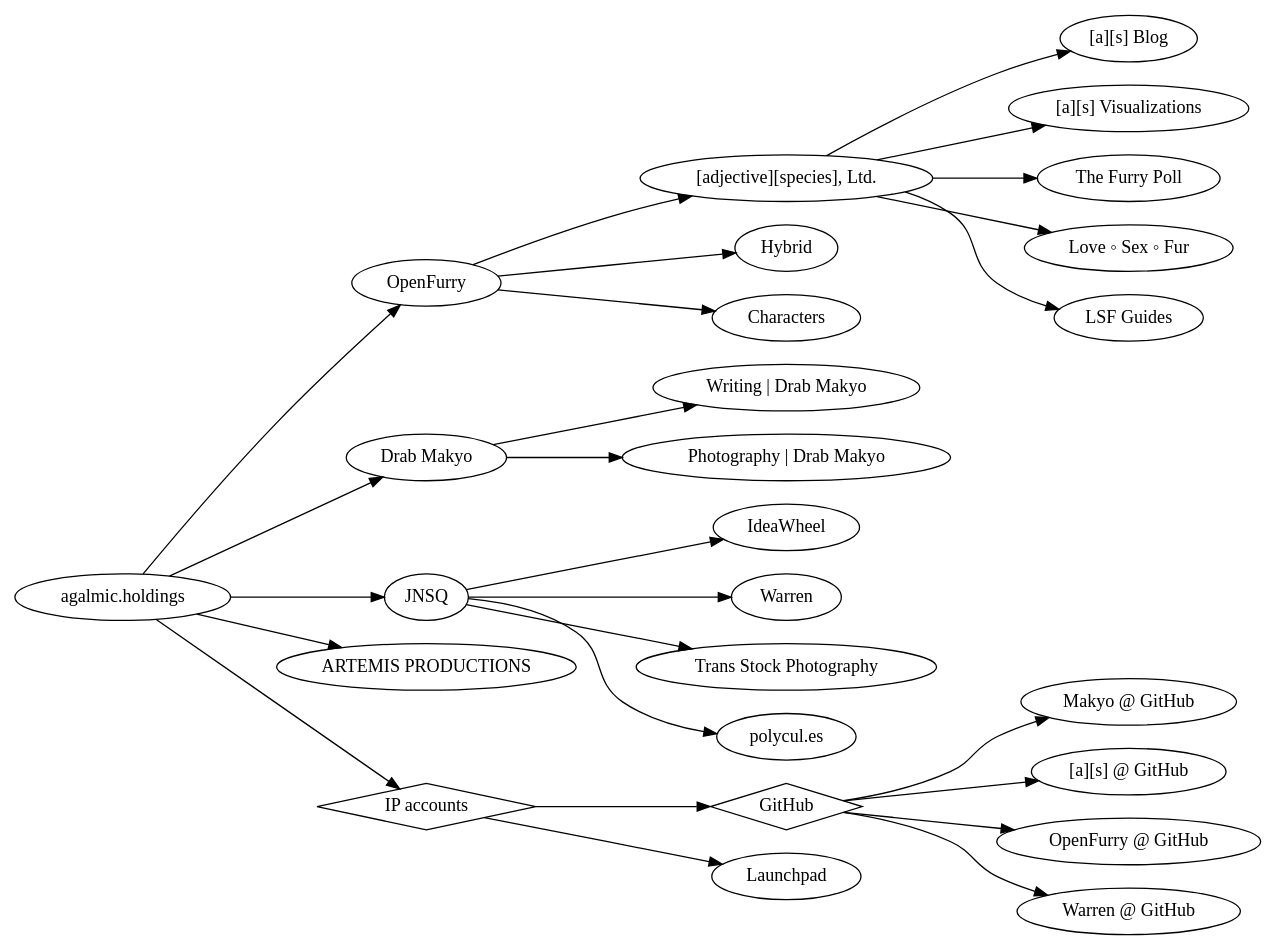
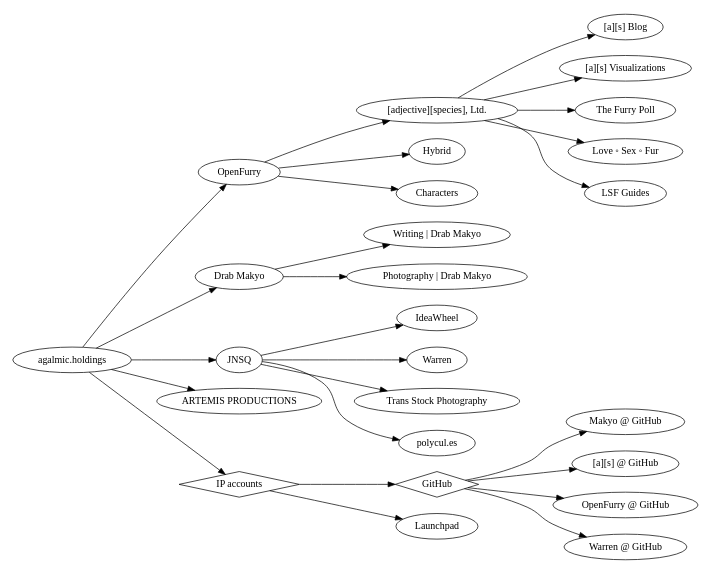
One commit to makyo/agalmic.holdings changed the diagram in assets.dot. Above: the diagram before and after it, drawn with Graphviz. The commit also changed 7 other files, not shown here.

```diff
--- a/assets.dot
+++ b/assets.dot
@@ -1,81 +1,81 @@
 digraph agalmic_holdings {
-	graph [rankdir="LR"]
+	graph [rankdir="LR" size="7.5,6" ratio="fill"]
 	node [fontname="Antykwa Torunska"]
 
 	"agalmic.holdings" [URL="http://agalmic.holdings"]
 
 	"OpenFurry" [URL="http://openfurry.org"]
 	"agalmic.holdings" -> "OpenFurry"
 
 		as [URL="http://adjectivespecies.com" label="[adjective][species], Ltd."]
 		"OpenFurry" -> as
 
 			"[a][s] Blog" [URL="http://adjectivespecies.com"]
 			as -> "[a][s] Blog"
 
 			"[a][s] Visualizations" [URL="http://vis.adjectivespecies.com"]
 			as -> "[a][s] Visualizations"
 
 			"The Furry Poll" [URL="https://furrypoll.com"]
 			as -> "The Furry Poll"
 
 			"Love ◦ Sex ◦ Fur" [URL="http://lovesexfur.com"]
 			as -> "Love ◦ Sex ◦ Fur"
 
 			"LSF Guides" [URL="http://guides.lovesexfur.com"]
 			as -> "LSF Guides"
 
 		"Hybrid" [URL="http://hybrid.ink"]
 		"OpenFurry" -> "Hybrid"
 
 		"Characters" [URL="http://characters.openfurry.org"]
 		"OpenFurry" -> "Characters"
 
 	"Drab Makyo" [URL="http://drab-makyo.com"]
 	"agalmic.holdings" -> "Drab Makyo"
 
 		"Writing | Drab Makyo" [URL="http://writing.drab-makyo.com"]
 		"Drab Makyo" -> "Writing | Drab Makyo"
 
 		"Photography | Drab Makyo" [URL="http://makyo.photography"]
 		"Drab Makyo" -> "Photography | Drab Makyo"
 
 	"JNSQ" [URL="http://jnsq.us"]
 	"agalmic.holdings" -> "JNSQ"
 
 		"IdeaWheel" [URL="http://ideas.jnsq.us"]
 		"JNSQ" -> "IdeaWheel"
 
 		"Warren" [URL="https://warren.community"]
 		"JNSQ" -> "Warren"
 
 		"Trans Stock Photography" [URL="http://transstock.photography"]
 		"JNSQ" -> "Trans Stock Photography"
 
 		"polycul.es" [URL="http://polycul.es"]
 		"JNSQ" -> "polycul.es"
 
 	"ARTEMIS PRODUCTIONS" [URL="http://artemis.productions"]
 	"agalmic.holdings" -> "ARTEMIS PRODUCTIONS"
 
 	"IP accounts" [shape="diamond"]
 	"agalmic.holdings" -> "IP accounts"
 
 		"GitHub" [shape="diamond"]
 		"IP accounts" -> "GitHub"
 
 			"Makyo @ GitHub" [URL="https://github.com/makyo"]
 			"GitHub" -> "Makyo @ GitHub"
 
 			"[a][s] @ GitHub" [URL="https://github.com/adjspecies"]
 			"GitHub" -> "[a][s] @ GitHub"
 
 			"OpenFurry @ GitHub" [URL="https://github.com/openfurry"]
 			"GitHub" -> "OpenFurry @ GitHub"
 
 			"Warren @ GitHub" [URL="https://github.com/warren-community"]
 			"GitHub" -> "Warren @ GitHub"
 
 		"Launchpad" [URL="https://launchpad.net/~makyo"]
 		"IP accounts" -> "Launchpad"
 }
```
